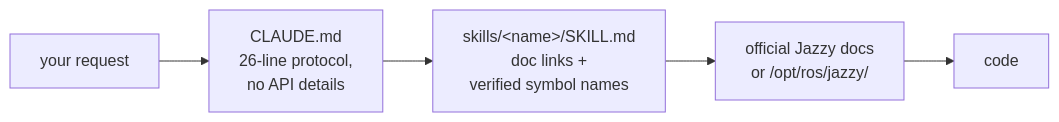
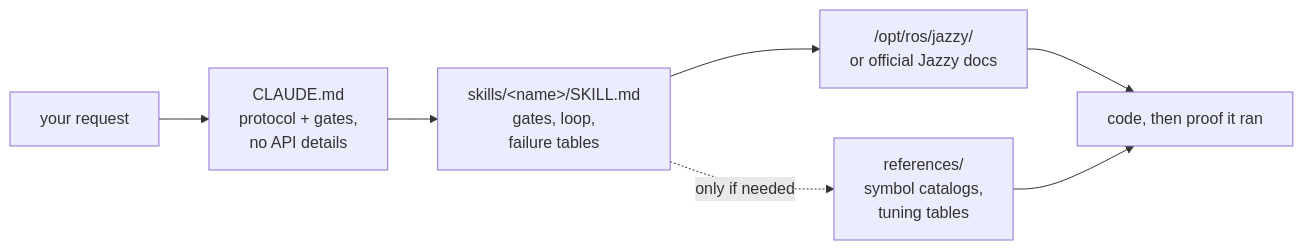
The diagram in README.md (Leehyunbin0131/claude-ros2-skills), drawn with Mermaid before and after one commit. The commit also changed other lines of this file and 7 other files, not shown here.

````diff
--- a/README.md
+++ b/README.md
@@ -146,7 +153,9 @@
 ```mermaid
 flowchart LR
-    A["your request"] --> B["CLAUDE.md<br/>26-line protocol,<br/>no API details"]
-    B --> C["skills/&lt;name&gt;/SKILL.md<br/>doc links +<br/>verified symbol names"]
-    C --> D["official Jazzy docs<br/>or /opt/ros/jazzy/"]
-    D --> E["code"]
+    A["your request"] --> B["CLAUDE.md<br/>protocol + gates,<br/>no API details"]
+    B --> C["skills/&lt;name&gt;/SKILL.md<br/>gates, loop,<br/>failure tables"]
+    C --> D["/opt/ros/jazzy/<br/>or official Jazzy docs"]
+    C -.only if needed.-> R["references/<br/>symbol catalogs,<br/>tuning tables"]
+    D --> E["code, then proof it ran"]
+    R --> E
 ```
````
